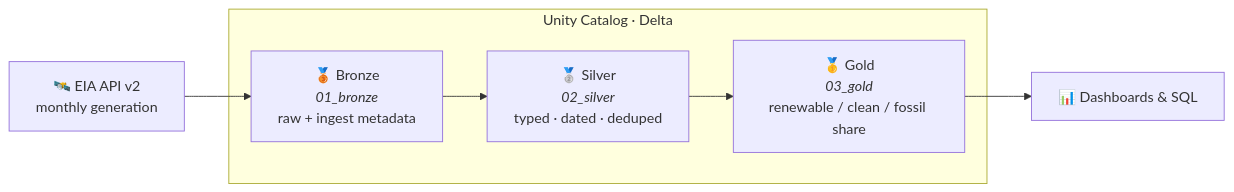
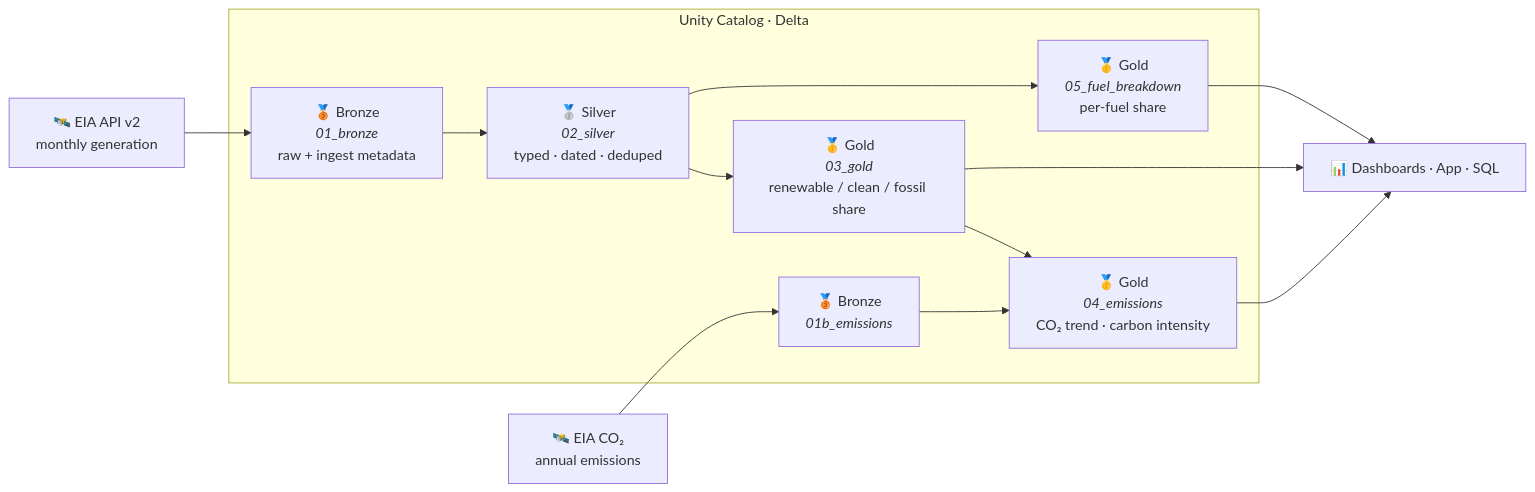
The diagram in README.md (santoshkanthety/energy-transition-etl), drawn with Mermaid before and after one commit. The commit also changed other lines of this file and 8 other files, not shown here.

````diff
--- a/README.md
+++ b/README.md
@@ -77,10 +85,16 @@
 ```mermaid
 flowchart LR
     EIA["🛰️ EIA API v2<br/>monthly generation"] --> B
+    EIA2["🛰️ EIA CO₂<br/>annual emissions"] --> BE
     subgraph Lakehouse["Unity Catalog · Delta"]
         B["🥉 Bronze<br/><i>01_bronze</i><br/>raw + ingest metadata"] --> S
+        BE["🥉 Bronze<br/><i>01b_emissions</i>"] --> GE
         S["🥈 Silver<br/><i>02_silver</i><br/>typed · dated · deduped"] --> G
-        G["🥇 Gold<br/><i>03_gold</i><br/>renewable / clean / fossil share"]
+        S --> GF["🥇 Gold<br/><i>05_fuel_breakdown</i><br/>per-fuel share"]
+        G["🥇 Gold<br/><i>03_gold</i><br/>renewable / clean / fossil share"] --> GE
+        GE["🥇 Gold<br/><i>04_emissions</i><br/>CO₂ trend · carbon intensity"]
     end
-    G --> V["📊 Dashboards & SQL"]
+    G --> V["📊 Dashboards · App · SQL"]
+    GF --> V
+    GE --> V
 ```
````
